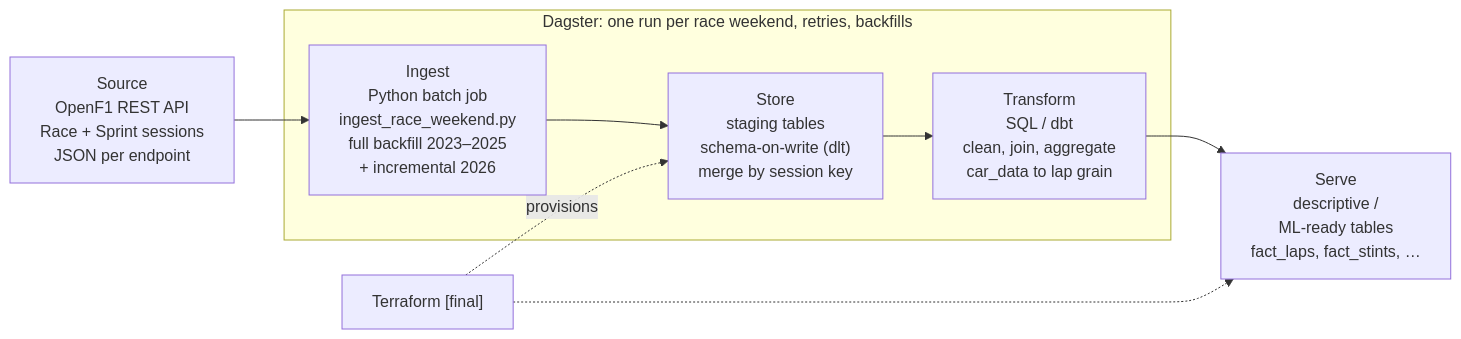
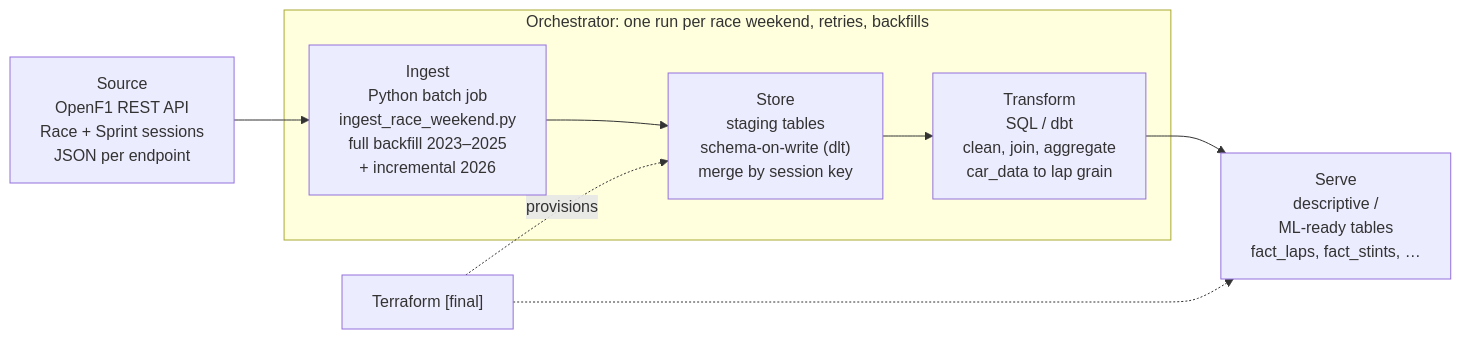
Before and after one commit to FloHoliday/DENG: the diagram in README.md, drawn with Mermaid. The commit also changed other lines of this file, not shown here.

Commit message:
docs: revert decision of which orchestrator to use

````diff
--- a/README.md
+++ b/README.md
@@ -176,17 +176,17 @@
 ```mermaid
 flowchart LR
     source["Source<br/>OpenF1 REST API<br/>Race + Sprint sessions<br/>JSON per endpoint"]
 
-    subgraph dagster["Dagster: one run per race weekend, retries, backfills"]
+    subgraph orchestrator["Orchestrator: one run per race weekend, retries, backfills"]
         ingest["Ingest<br/>Python batch job<br/>ingest_race_weekend.py<br/>full backfill 2023–2025<br/>+ incremental 2026"]
         store["Store<br/>staging tables<br/>schema-on-write (dlt)<br/>merge by session key"]
         transform["Transform<br/>SQL / dbt<br/>clean, join, aggregate<br/>car_data to lap grain"]
     end
 
     serve["Serve<br/>descriptive /<br/>ML-ready tables<br/>fact_laps, fact_stints, …"]
     tf["Terraform [final]"]
 
     source --> ingest --> store --> transform --> serve
     tf -.->|provisions| store
     tf -.-> serve
 ```
````
